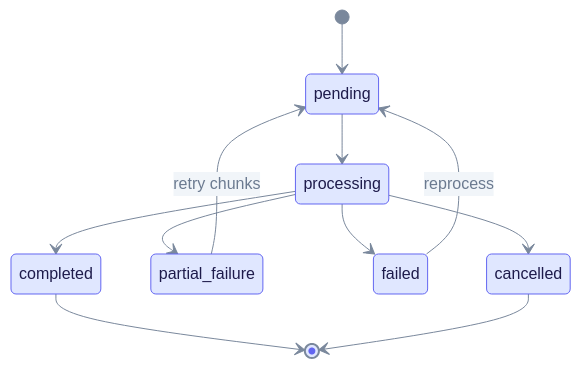
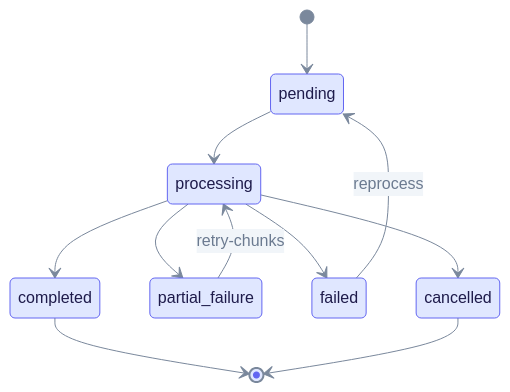
Before and after one commit to raphaelmansuy/edgequake: the second of 2 diagrams in docs/tutorials/document-ingestion.md, drawn with Mermaid. The commit also changed other lines of this file and 194 other files, not shown here.

First line of the commit message:
Refresh docs against code and rebuild schema E/R as progressive steps

````diff
--- a/docs/tutorials/document-ingestion.md
+++ b/docs/tutorials/document-ingestion.md
@@ -134,15 +141,15 @@
 ```mermaid
 %%{init: {"theme":"base","themeVariables":{"primaryColor":"#E0E7FF","primaryBorderColor":"#6366F1","primaryTextColor":"#1E1B4B","secondaryColor":"#D1FAE5","secondaryBorderColor":"#10B981","secondaryTextColor":"#064E3B","tertiaryColor":"#FEF3C7","tertiaryBorderColor":"#F59E0B","tertiaryTextColor":"#6B7A90","lineColor":"#7A889C","clusterBkg":"rgba(99,102,241,0.07)","clusterBorder":"#A5B4FC","noteBkgColor":"#FEF9C3","noteTextColor":"#422006","textColor":"#6B7A90","titleColor":"#6B7A90","signalColor":"#7A889C","signalTextColor":"#6B7A90","loopTextColor":"#6B7A90","edgeLabelBackground":"#F1F5F9","actorLineColor":"#94A3B8"}}}%%
 %% eq-theme:v1
 stateDiagram-v2
   [*] --> pending
   pending --> processing
   processing --> completed
   processing --> partial_failure
   processing --> failed
   processing --> cancelled
   failed --> pending: reprocess
-  partial_failure --> pending: retry chunks
+  partial_failure --> processing: retry-chunks
   completed --> [*]
   cancelled --> [*]
 ```
````
